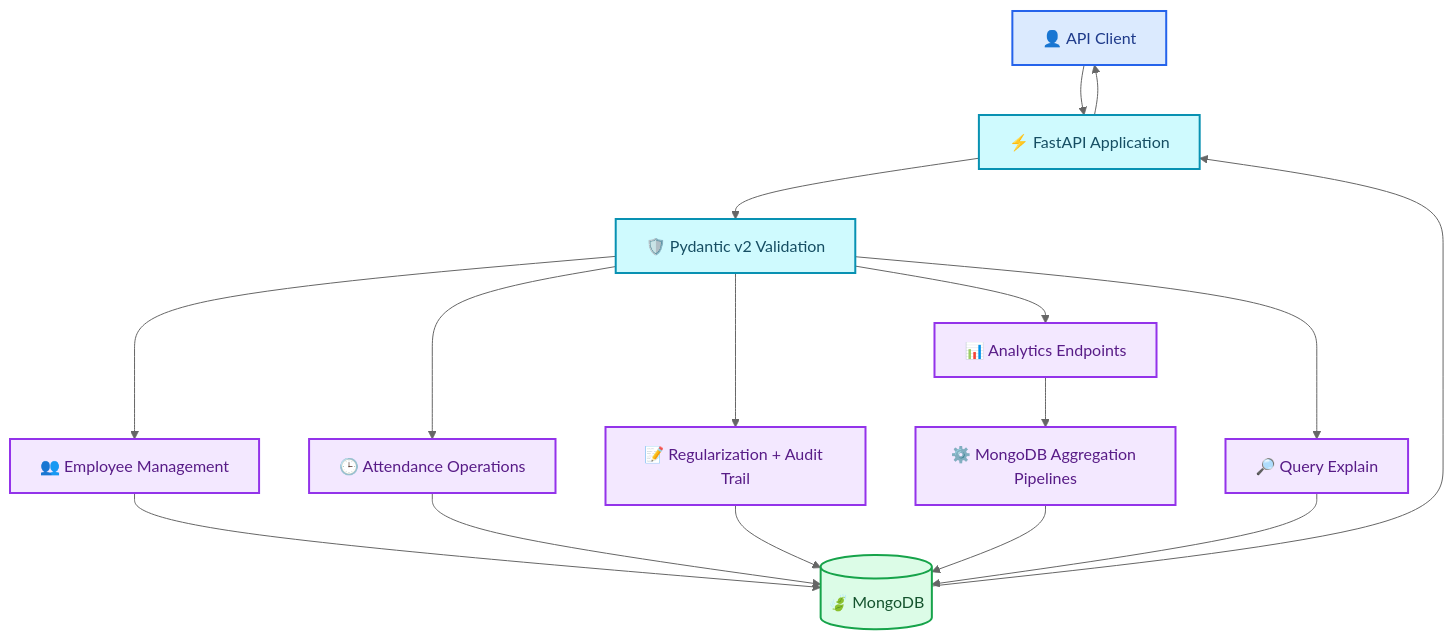
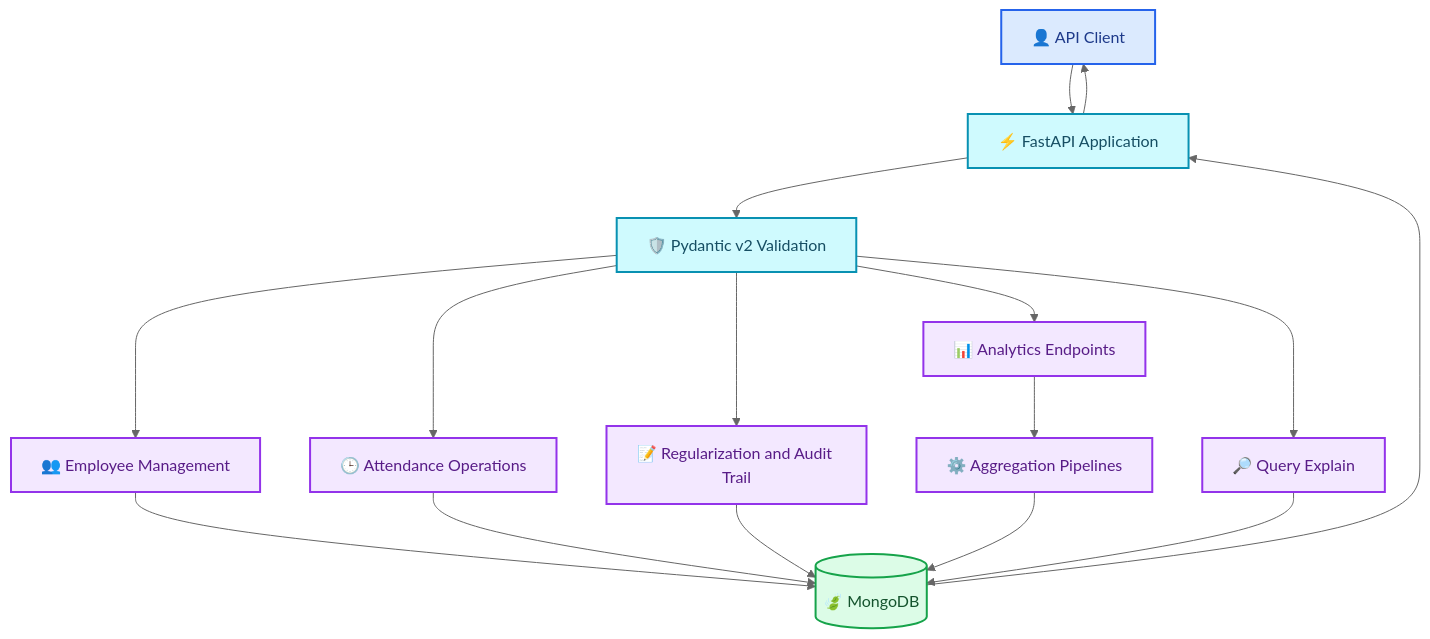
Before and after one commit to dhanushgopi2456/HROne_Attendance_API_Submission: the diagram in README.md, drawn with Mermaid (neutral theme). The commit also changed other lines of this file, not shown here.

````diff
--- a/README.md
+++ b/README.md
@@ -75,27 +110,32 @@
 ```mermaid
 flowchart TD
     U["👤 API Client"] --> API["⚡ FastAPI Application"]
-    API --> VAL["🛡️ Pydantic v2 Validation"]
-    VAL --> EMP["👥 Employee Management"]
-    VAL --> ATT["🕒 Attendance Operations"]
-    VAL --> REG["📝 Regularization + Audit Trail"]
-    VAL --> ANA["📊 Analytics Endpoints"]
-    VAL --> EXP["🔎 Query Explain"]
+    API --> V["🛡️ Pydantic v2 Validation"]
+
+    V --> EMP["👥 Employee Management"]
+    V --> ATT["🕒 Attendance Operations"]
+    V --> REG["📝 Regularization and Audit Trail"]
+    V --> ANA["📊 Analytics Endpoints"]
+    V --> EXP["🔎 Query Explain"]
+
     EMP --> DB[("🍃 MongoDB")]
     ATT --> DB
     REG --> DB
-    ANA --> AGG["⚙️ MongoDB Aggregation Pipelines"]
+
+    ANA --> AGG["⚙️ Aggregation Pipelines"]
     AGG --> DB
+
     EXP --> DB
     DB --> API
     API --> U
 
-    classDef client fill:#dbeafe,stroke:#2563eb,color:#1e3a8a,stroke-width:2px
-    classDef app fill:#cffafe,stroke:#0891b2,color:#164e63,stroke-width:2px
-    classDef service fill:#f3e8ff,stroke:#9333ea,color:#581c87,stroke-width:2px
-    classDef database fill:#dcfce7,stroke:#16a34a,color:#14532d,stroke-width:2px
+    classDef client fill:#DBEAFE,stroke:#2563EB,color:#1E3A8A,stroke-width:2px
+    classDef application fill:#CFFAFE,stroke:#0891B2,color:#164E63,stroke-width:2px
+    classDef service fill:#F3E8FF,stroke:#9333EA,color:#581C87,stroke-width:2px
+    classDef database fill:#DCFCE7,stroke:#16A34A,color:#14532D,stroke-width:2px
+
     class U client
-    class API,VAL app
+    class API,V application
     class EMP,ATT,REG,ANA,EXP,AGG service
     class DB database
 ```
````
